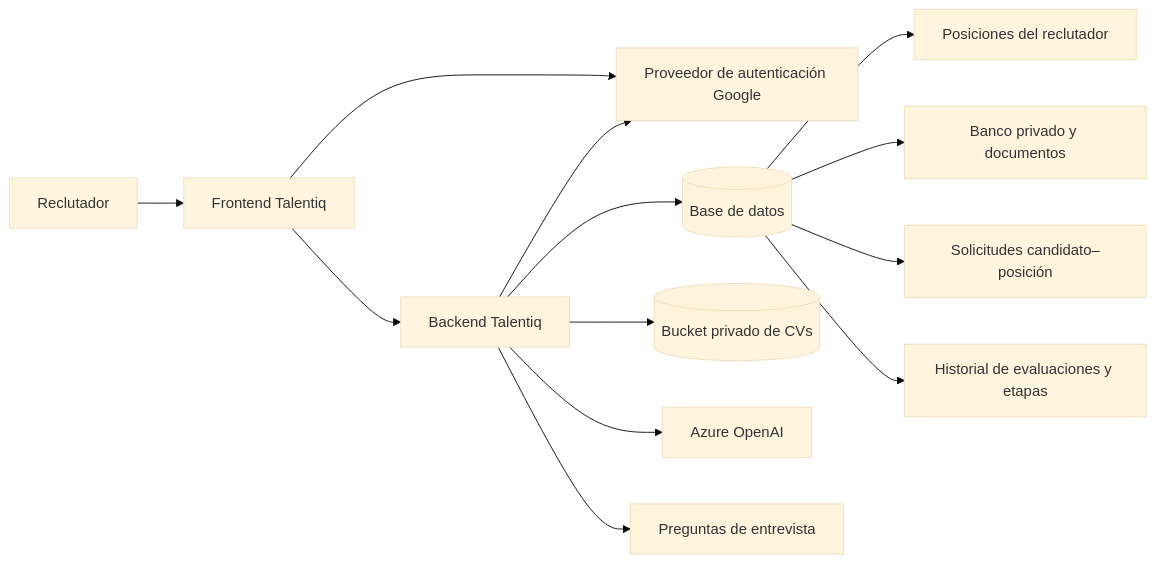
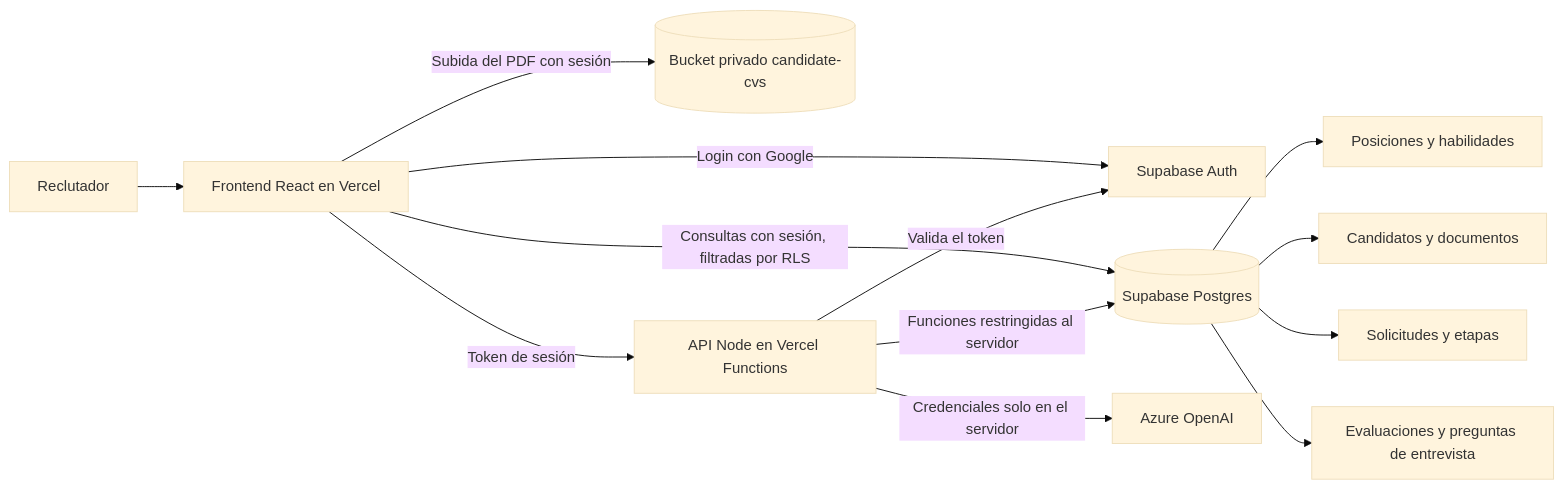
One commit to Rafaruiz44/talentiq changed the diagram in documentacion/arquitectura-y-alcance.md. Above: the diagram before and after it, drawn with Mermaid (base theme). The commit also changed other lines of this file and 6 other files, not shown here.

````diff
--- a/documentacion/arquitectura-y-alcance.md
+++ b/documentacion/arquitectura-y-alcance.md
@@ -112,15 +86,15 @@
 ```mermaid
 flowchart LR
-    R[Reclutador] --> UI[Frontend Talentiq]
-    UI --> AUTH[Proveedor de autenticación Google]
-    UI --> API[Backend Talentiq]
-    API --> AUTH
-    API --> DB[(Base de datos)]
-    API --> B[(Bucket privado de CVs)]
-    API --> AOAI[Azure OpenAI]
-    DB --> JOB[Posiciones del reclutador]
-    DB --> CAND[Banco privado y documentos]
-    DB --> APP[Solicitudes candidato–posición]
-    DB --> EVAL[Historial de evaluaciones y etapas]
-    API --> Q[Preguntas de entrevista]
+    R[Reclutador] --> UI[Frontend React en Vercel]
+    UI -->|Login con Google| AUTH[Supabase Auth]
+    UI -->|Consultas con sesión, filtradas por RLS| DB[(Supabase Postgres)]
+    UI -->|Subida del PDF con sesión| B[(Bucket privado candidate-cvs)]
+    UI -->|Token de sesión| API[API Node en Vercel Functions]
+    API -->|Valida el token| AUTH
+    API -->|Funciones restringidas al servidor| DB
+    API -->|Credenciales solo en el servidor| AOAI[Azure OpenAI]
+    DB --> JOB[Posiciones y habilidades]
+    DB --> CAND[Candidatos y documentos]
+    DB --> APP[Solicitudes y etapas]
+    DB --> EVAL[Evaluaciones y preguntas de entrevista]
 ```
````
